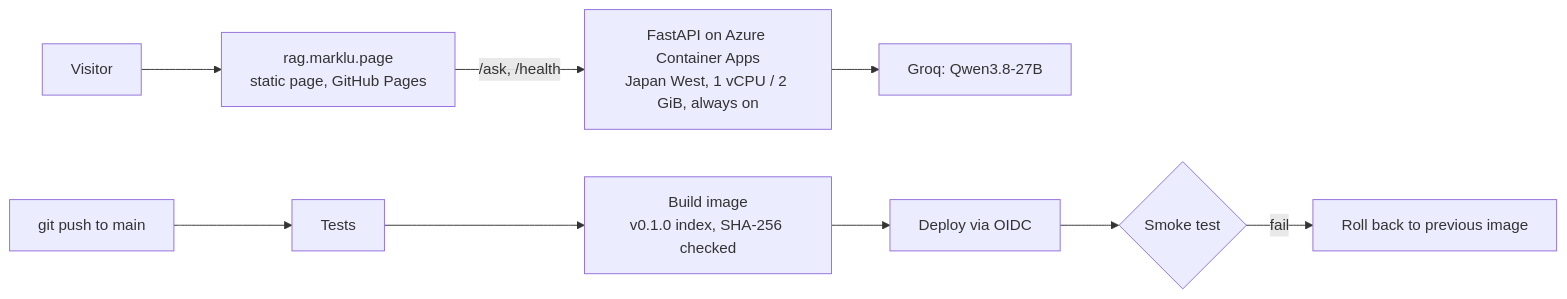
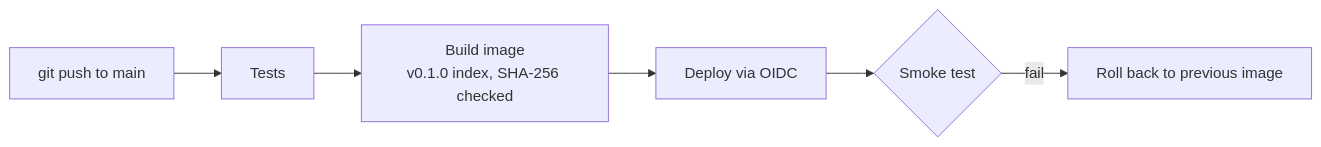
Before and after one commit to Marklu0509/threat-intel-rag: the third of 3 diagrams in README.md, drawn with Mermaid. The commit also changed other lines of this file, not shown here.

Commit message:
docs: README architecture section with system overview and question flow; link to .omm

````diff
--- a/README.md
+++ b/README.md
@@ -147,8 +171,5 @@
 ```mermaid
 flowchart LR
-    V[Visitor] --> P["rag.marklu.page<br/>static page, GitHub Pages"]
-    P -- "/ask, /health" --> A["FastAPI on Azure Container Apps<br/>Japan West, 1 vCPU / 2 GiB, always on"]
-    A --> G[Groq: Qwen3.8-27B]
     GH[git push to main] --> T[Tests] --> B["Build image<br/>v0.1.0 index, SHA-256 checked"] --> D["Deploy via OIDC"] --> S{"Smoke test"}
     S -- fail --> R[Roll back to previous image]
 ```
````
